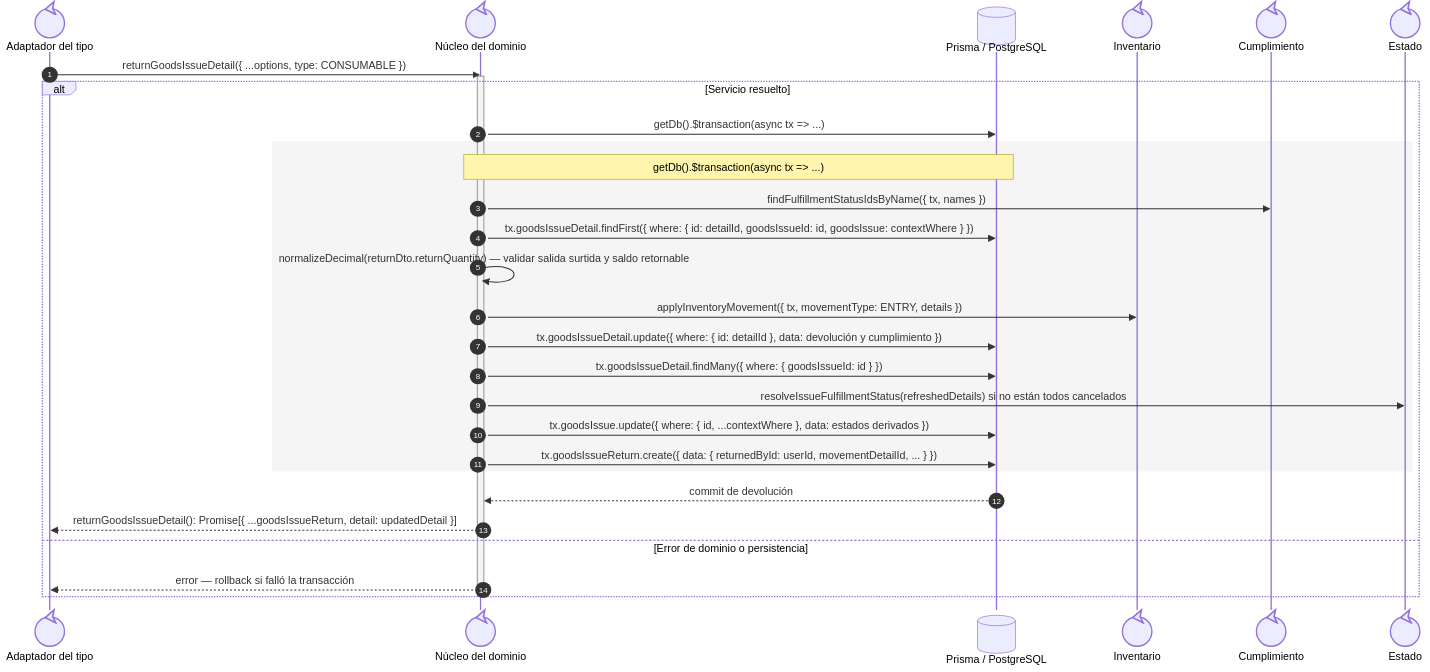
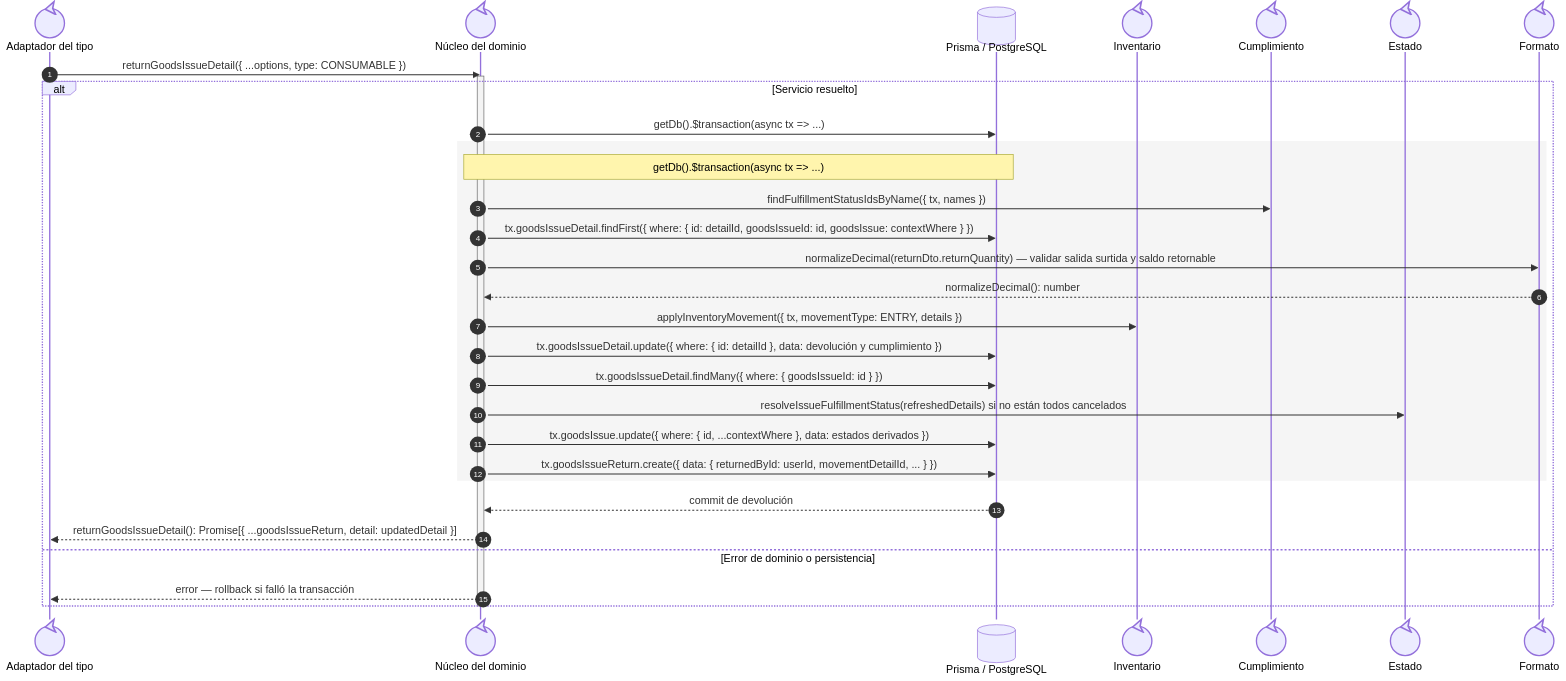
One commit to gpgsistemas01/nexus changed the second of 2 diagrams in docs/architecture/views/processes/backend-code-sequences/issues/cu-sal-20.md. Above: the diagram before and after it, drawn with Mermaid. The commit also changed other lines of this file and 191 other files, not shown here.

Commit message:
docs: trace sequence lifelines to distinct implementation files

````diff
--- a/docs/architecture/views/processes/backend-code-sequences/issues/cu-sal-20.md
+++ b/docs/architecture/views/processes/backend-code-sequences/issues/cu-sal-20.md
@@ -92,33 +104,36 @@
 ```mermaid
 sequenceDiagram
     autonumber
     participant Facade@{ "type": "control" } as Adaptador del tipo
     participant Core@{ "type": "control" } as Núcleo del dominio
     participant Prisma@{ "type": "database" } as Prisma / PostgreSQL
     participant Inventory@{ "type": "control" } as Inventario
     participant Fulfillment@{ "type": "control" } as Cumplimiento
     participant Status@{ "type": "control" } as Estado
 
+    participant Formatter@{ "type": "control" } as Formato
+
     Facade->>Core: returnGoodsIssueDetail({ ...options, type: CONSUMABLE })
     activate Core
     alt Servicio resuelto
         Core->>Prisma: getDb().$transaction(async tx => ...)
         rect rgb(245, 245, 245)
             Note over Core,Prisma: getDb().$transaction(async tx => ...)
             Core->>Fulfillment: findFulfillmentStatusIdsByName({ tx, names })
             Core->>Prisma: tx.goodsIssueDetail.findFirst({ where: { id: detailId, goodsIssueId: id, goodsIssue: contextWhere } })
-            Core->>Core: normalizeDecimal(returnDto.returnQuantity) — validar salida surtida y saldo retornable
+            Core->>Formatter: normalizeDecimal(returnDto.returnQuantity) — validar salida surtida y saldo retornable
+            Formatter-->>Core: normalizeDecimal(): number
             Core->>Inventory: applyInventoryMovement({ tx, movementType: ENTRY, details })
             Core->>Prisma: tx.goodsIssueDetail.update({ where: { id: detailId }, data: devolución y cumplimiento })
             Core->>Prisma: tx.goodsIssueDetail.findMany({ where: { goodsIssueId: id } })
             Core->>Status: resolveIssueFulfillmentStatus(refreshedDetails) si no están todos cancelados
             Core->>Prisma: tx.goodsIssue.update({ where: { id, ...contextWhere }, data: estados derivados })
             Core->>Prisma: tx.goodsIssueReturn.create({ data: { returnedById: userId, movementDetailId, ... } })
         end
         Prisma-->>Core: commit de devolución
         Core-->>Facade: returnGoodsIssueDetail(): Promise[{ ...goodsIssueReturn, detail: updatedDetail }]
     else Error de dominio o persistencia
         Core-->>Facade: error — rollback si falló la transacción
     end
     deactivate Core
 ```
````
